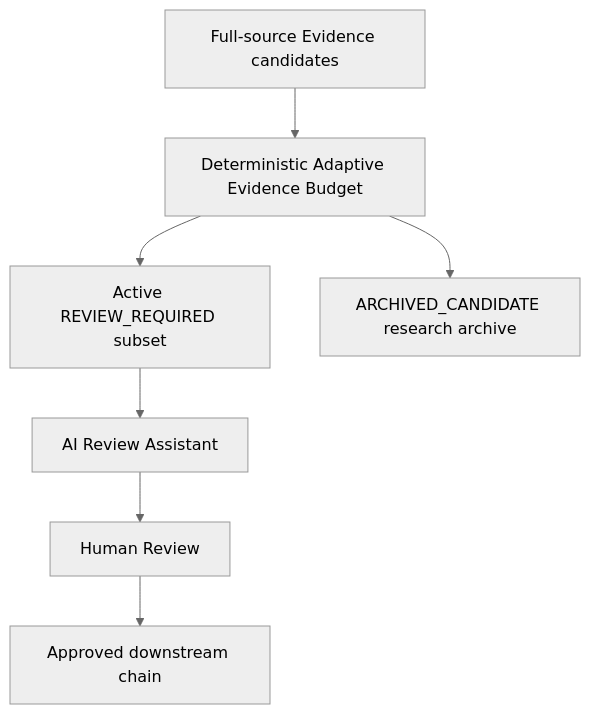
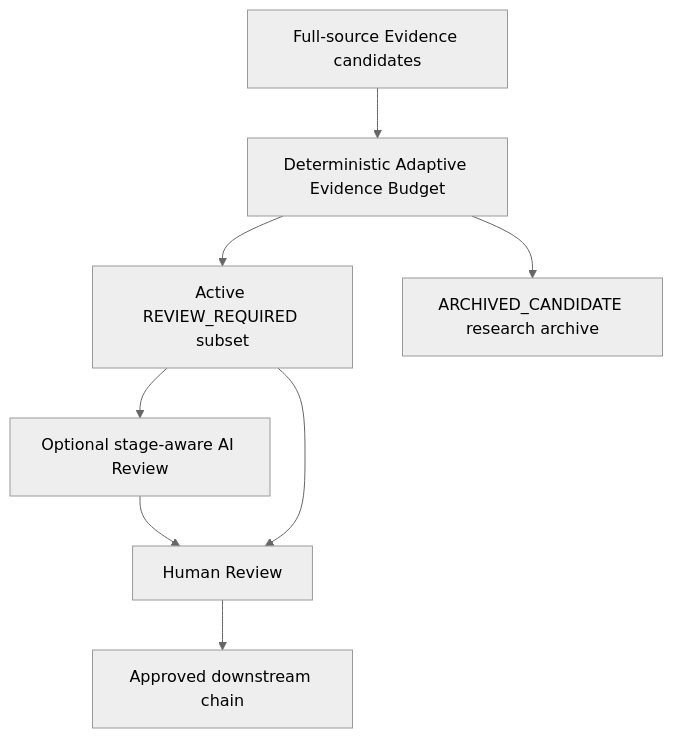
Before and after one commit to amin076/tital: the third of 5 diagrams in docs/architecture/workflow-architecture.md, drawn with Mermaid (neutral theme). The commit also changed other lines of this file, not shown here.

Commit message:
docs: extend workflow architecture with stage-aware AI review

````diff
--- a/docs/architecture/workflow-architecture.md
+++ b/docs/architecture/workflow-architecture.md
@@ -77,14 +117,15 @@
 ```mermaid
 graph TD
     P[Full-source Evidence candidates]
     B[Deterministic Adaptive Evidence Budget]
     A[Active REVIEW_REQUIRED subset]
     X[ARCHIVED_CANDIDATE research archive]
-    R[AI Review Assistant]
+    R[Optional stage-aware AI Review]
     H[Human Review]
     D[Approved downstream chain]
 
     P --> B
     B --> A --> R --> H --> D
+    A --> H
     B --> X
 ```
````
